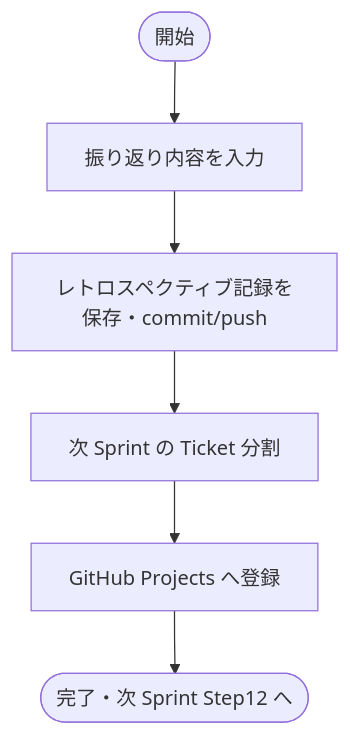
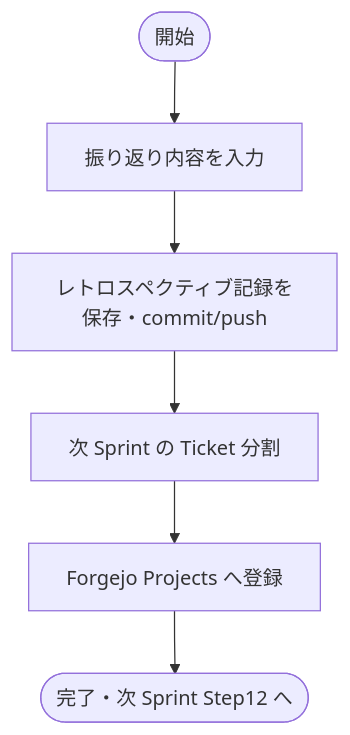
One commit to BossApe/lo-vibe changed diagram 16 of 17 in _document/002.要件定義フェーズ/001.要件定義/001-01.機能要件定義書.md. Above: the diagram before and after it, drawn with Mermaid. The commit also changed other lines of this file and 38 other files, not shown here.

````diff
--- a/_document/002.要件定義フェーズ/001.要件定義/001-01.機能要件定義書.md
+++ b/_document/002.要件定義フェーズ/001.要件定義/001-01.機能要件定義書.md
@@ -638,8 +638,8 @@
 ```mermaid
 flowchart TD
     A([開始]) --> B[振り返り内容を入力]
     B --> C[レトロスペクティブ記録を保存・commit/push]
     C --> D[次 Sprint の Ticket 分割]
-    D --> E[GitHub Projects へ登録]
+    D --> E[Forgejo Projects へ登録]
     E --> F([完了・次 Sprint Step12 へ])
 ```
````
